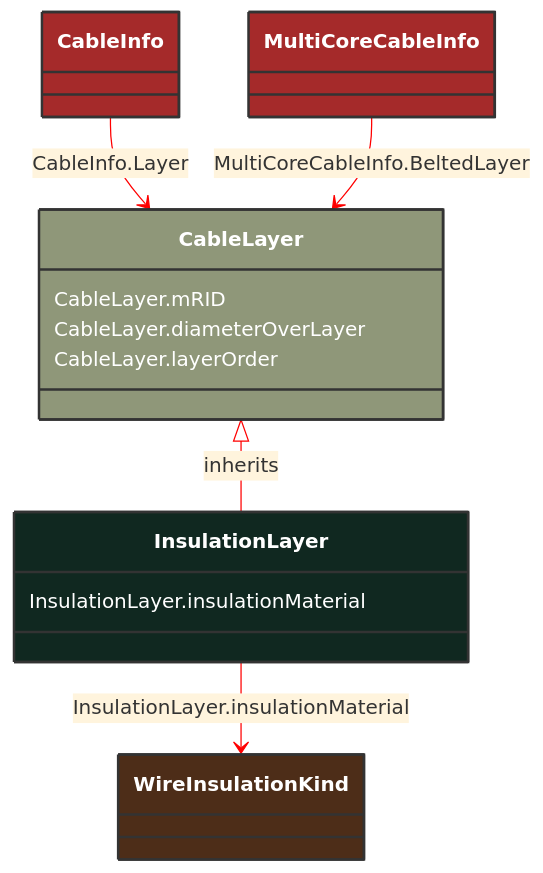
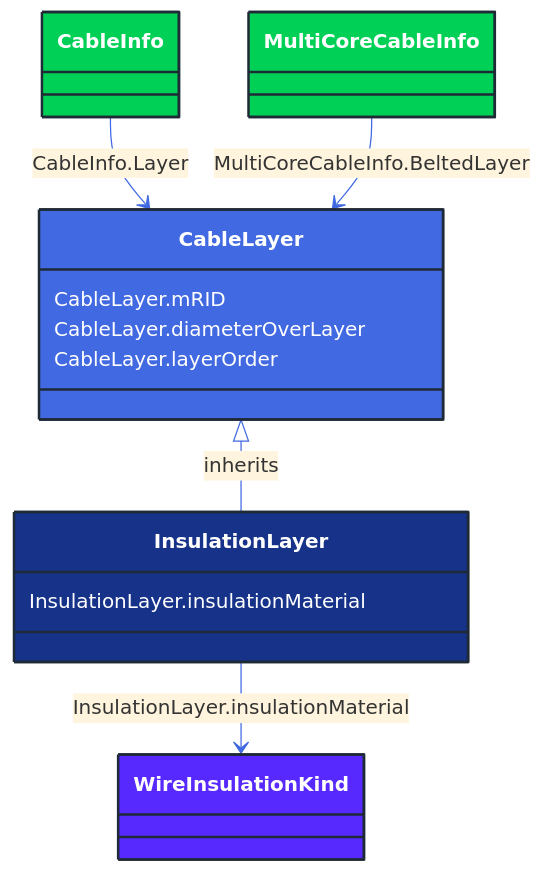
The diagram in docs/Models/Profiles/SubseaCableInfo/ConcreteClasses/InsulationLayer.md (3lbits/NoCIMExtensions), drawn with Mermaid before and after one commit. The commit also changed 362 other files, not shown here.

First line of the commit message:
Update diagrams and styles for improved visual consistency

````diff
--- a/docs/Models/Profiles/SubseaCableInfo/ConcreteClasses/InsulationLayer.md
+++ b/docs/Models/Profiles/SubseaCableInfo/ConcreteClasses/InsulationLayer.md
@@ -8,35 +8,35 @@
 ```mermaid
-%%{init: {'theme':'base','themeVariables': {'lineColor': '#FF0000'}}}%%
+%%{init: {'theme':'base','themeVariables': {'lineColor': '#4169E1'}}}%%
 classDiagram
     class InsulationLayer
     click InsulationLayer href "/Models/Profiles/SubseaCableInfo/ConcreteClasses/InsulationLayer/"
-    style InsulationLayer fill:#102820,stroke:#333,stroke-width:2px,rx:10,ry:10,color:white
+    style InsulationLayer fill:#163289,stroke:#1F2A37,stroke-width:2px,rx:10,ry:10,color:white
      
         CableLayer <|-- InsulationLayer : inherits
             click CableLayer href "/Models/Profiles/SubseaCableInfo/AbstractClasses/CableLayer/"
-            style CableLayer fill:#8F9779,stroke:#333,stroke-width:2px,rx:10,ry:10,color:white
+            style CableLayer fill:#4169E1,stroke:#1F2A37,stroke-width:2px,rx:10,ry:10,color:white
 
 
         CableInfo --> CableLayer : CableInfo.Layer
 
         CableInfo
             click CableInfo href "/Models/Profiles/SubseaCableInfo/ConcreteClasses/CableInfo/"
-            style CableInfo fill:#A52A2A,stroke:#333,stroke-width:2px,rx:10,ry:10,color:white
+            style CableInfo fill:#00D156,stroke:#1F2A37,stroke-width:2px,rx:10,ry:10,color:white
 
         MultiCoreCableInfo --> CableLayer : MultiCoreCableInfo.BeltedLayer
 
         MultiCoreCableInfo
             click MultiCoreCableInfo href "/Models/Profiles/SubseaCableInfo/ConcreteClasses/MultiCoreCableInfo/"
-            style MultiCoreCableInfo fill:#A52A2A,stroke:#333,stroke-width:2px,rx:10,ry:10,color:white
+            style MultiCoreCableInfo fill:#00D156,stroke:#1F2A37,stroke-width:2px,rx:10,ry:10,color:white
 
         InsulationLayer --> WireInsulationKind : InsulationLayer.insulationMaterial
 
         WireInsulationKind
             click WireInsulationKind href "/Models/Profiles/SubseaCableInfo/Enumerations/WireInsulationKind/"
-            style WireInsulationKind fill:#4D2D18,stroke:#333,stroke-width:2px,rx:10,ry:10,color:white
+            style WireInsulationKind fill:#5729FF,stroke:#1F2A37,stroke-width:2px,rx:10,ry:10,color:white
 
         InsulationLayer : InsulationLayer.insulationMaterial
         CableLayer : CableLayer.mRID
         CableLayer : CableLayer.diameterOverLayer
         CableLayer : CableLayer.layerOrder
 ```
````
